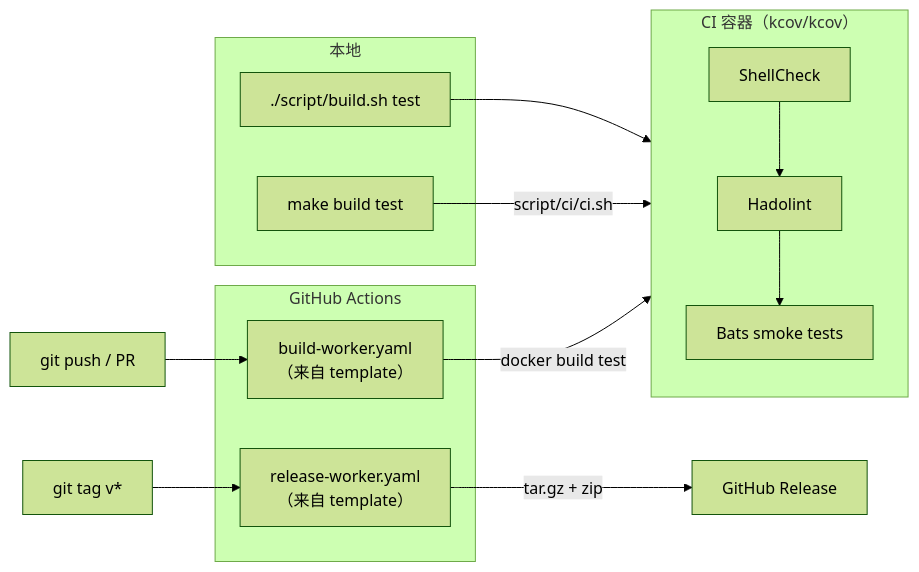
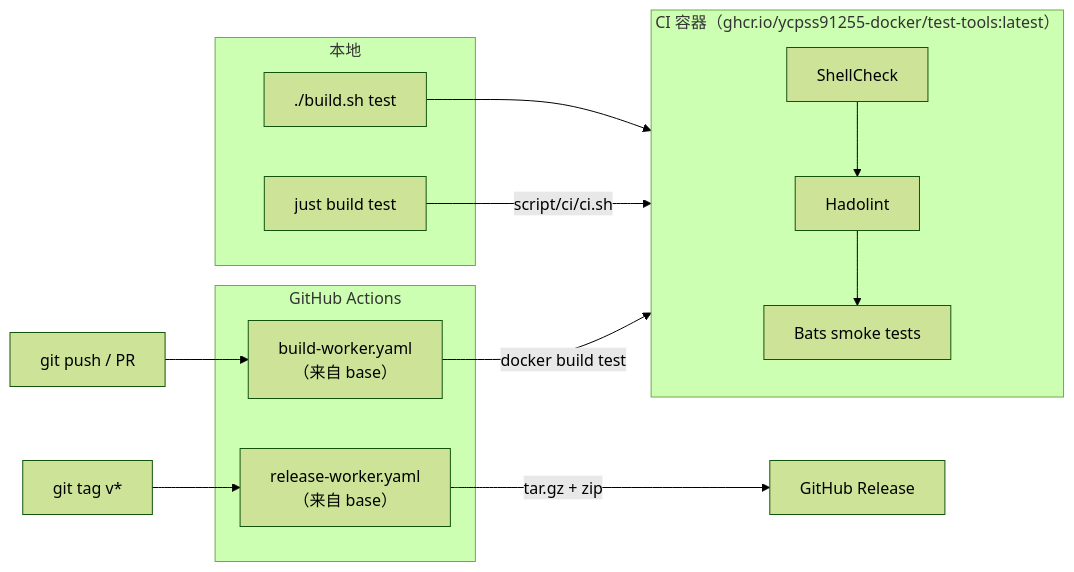
The second of 2 diagrams in .base/doc/readme/README.zh-CN.md (ycpss91255-docker/isaac), drawn with Mermaid (forest theme) before and after one commit. The commit also changed other lines of this file and 69 other files, not shown here.

First line of the commit message:
chore(base): upgrade .base subtree v0.40.0 -> v0.41.0 (make->just, runtime.env retired) (#124)

````diff
--- a/.base/doc/readme/README.zh-CN.md
+++ b/.base/doc/readme/README.zh-CN.md
@@ -81,27 +81,27 @@
 ```mermaid
 flowchart LR
     subgraph local["本地"]
-        build_test["./script/build.sh test"]
-        make_test["make build test"]
+        build_test["./build.sh test"]
+        make_test["just build test"]
     end
 
-    subgraph ci_container["CI 容器（kcov/kcov）"]
+    subgraph ci_container["CI 容器（ghcr.io/ycpss91255-docker/test-tools:latest）"]
         shellcheck["ShellCheck"]
         hadolint["Hadolint"]
         bats["Bats smoke tests"]
     end
 
     subgraph github["GitHub Actions"]
-        build_worker["build-worker.yaml<br/>（来自 template）"]
-        release_worker["release-worker.yaml<br/>（来自 template）"]
+        build_worker["build-worker.yaml<br/>（来自 base）"]
+        release_worker["release-worker.yaml<br/>（来自 base）"]
     end
 
     build_test --> ci_container
     make_test -->|"script/ci/ci.sh"| ci_container
     shellcheck --> hadolint --> bats
 
     push["git push / PR"] --> build_worker
     build_worker -->|"docker build test"| ci_container
     tag["git tag v*"] --> release_worker
     release_worker -->|"tar.gz + zip"| release["GitHub Release"]
 ```
````
